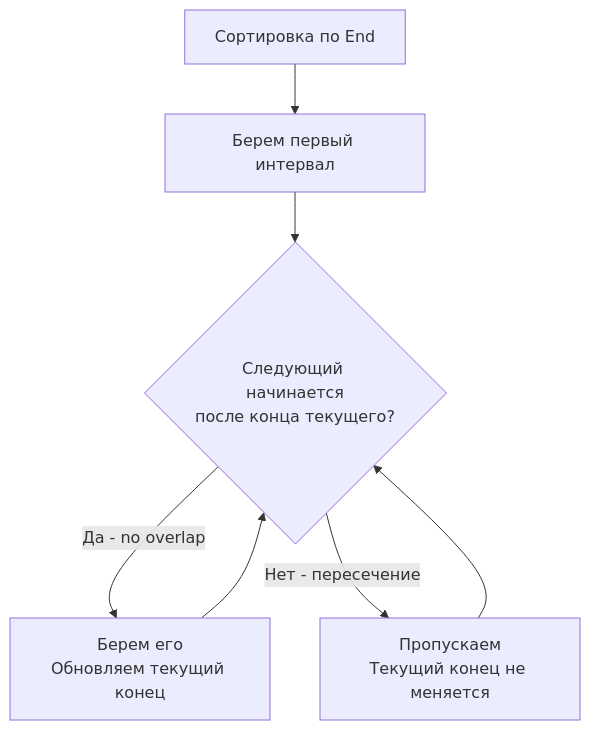
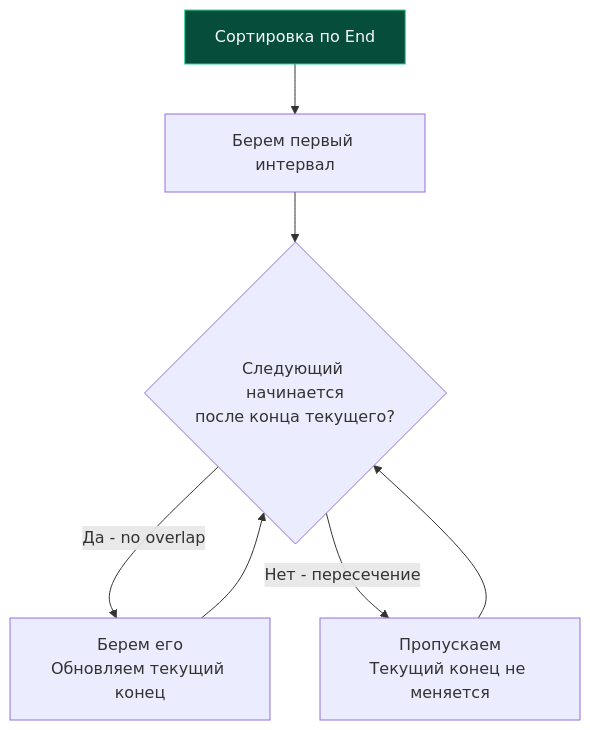
One commit to UnrealTemplier/go-textbook changed the diagram in sources/21. Задачи с LeetCode и собеседований на Go/02. Задачи/17. Жадные алгоритмы/6. Interval Scheduling.md. Above: the diagram before and after it, drawn with Mermaid. The commit also changed 1666 other files, not shown here.

First line of the commit message:
feat(mermaid): add semantic color classDef to 1369 colorless flowchart/graph diagrams

````diff
--- a/sources/21. Задачи с LeetCode и собеседований на Go/02. Задачи/17. Жадные алгоритмы/6. Interval Scheduling.md
+++ b/sources/21. Задачи с LeetCode и собеседований на Go/02. Задачи/17. Жадные алгоритмы/6. Interval Scheduling.md
@@ -57,9 +57,19 @@
 ```mermaid
 flowchart TD
-    A["Сортировка по End"] --> B["Берем первый интервал"]
+    classDef process  fill:#1e293b,stroke:#38bdf8,stroke-width:1px,color:#f8fafc
+    classDef success  fill:#064e3b,stroke:#34d399,stroke-width:1px,color:#f8fafc
+    classDef error    fill:#7f1d1d,stroke:#f87171,stroke-width:1px,color:#f8fafc
+    classDef warning  fill:#78350f,stroke:#fbbf24,stroke-width:1px,color:#f8fafc
+    classDef entry    fill:#1e3a5f,stroke:#38bdf8,stroke-width:2px,color:#f8fafc
+    classDef aux      fill:#334155,stroke:#64748b,stroke-width:1px,color:#f8fafc
+    classDef system   fill:#312e81,stroke:#a78bfa,stroke-width:1px,color:#f8fafc
+    classDef data     fill:#132d29,stroke:#2dd4bf,stroke-width:1px,color:#f8fafc
+    classDef network  fill:#881337,stroke:#fb7185,stroke-width:1px,color:#f8fafc
+    classDef accent   fill:#1e1b4b,stroke:#818cf8,stroke-width:1px,color:#f8fafc
+    A["Сортировка по End"]:::success --> B["Берем первый интервал"]
     B --> C{"Следующий начинается<br>после конца текущего?"}
     C -- "Да - no overlap" --> D["Берем его<br>Обновляем текущий конец"]
     C -- "Нет - пересечение" --> E["Пропускаем<br>Текущий конец не меняется"]
     D --> C
     E --> C
 ```
````
